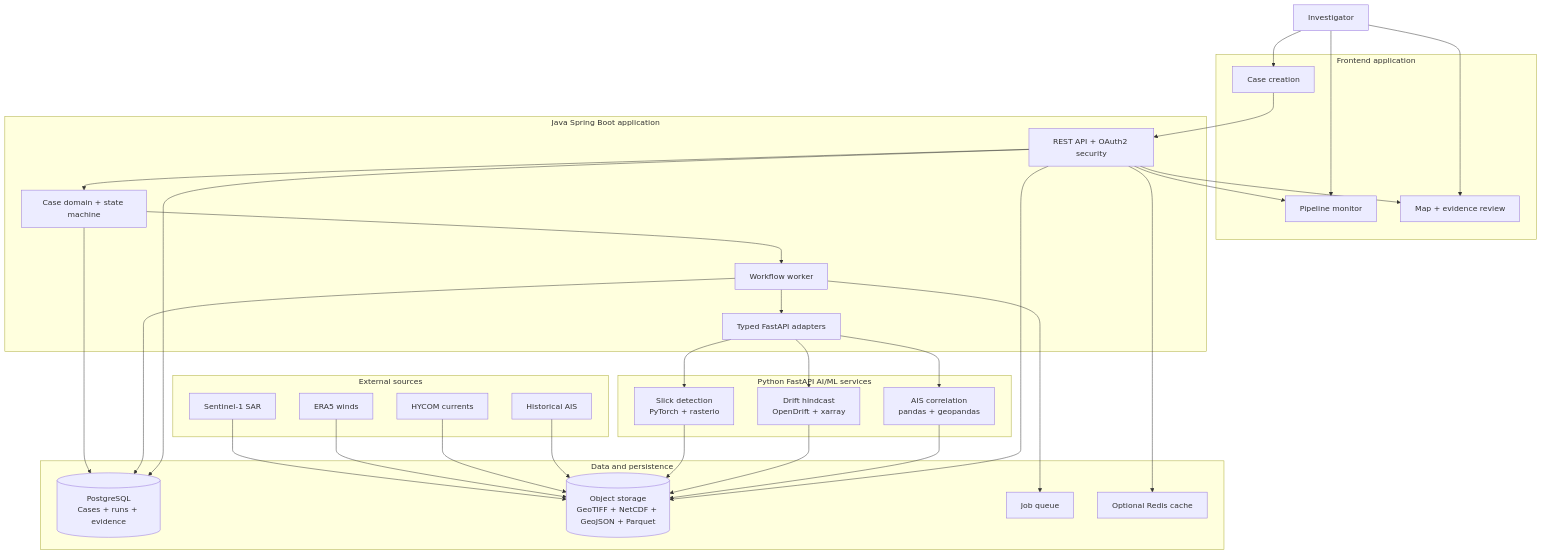
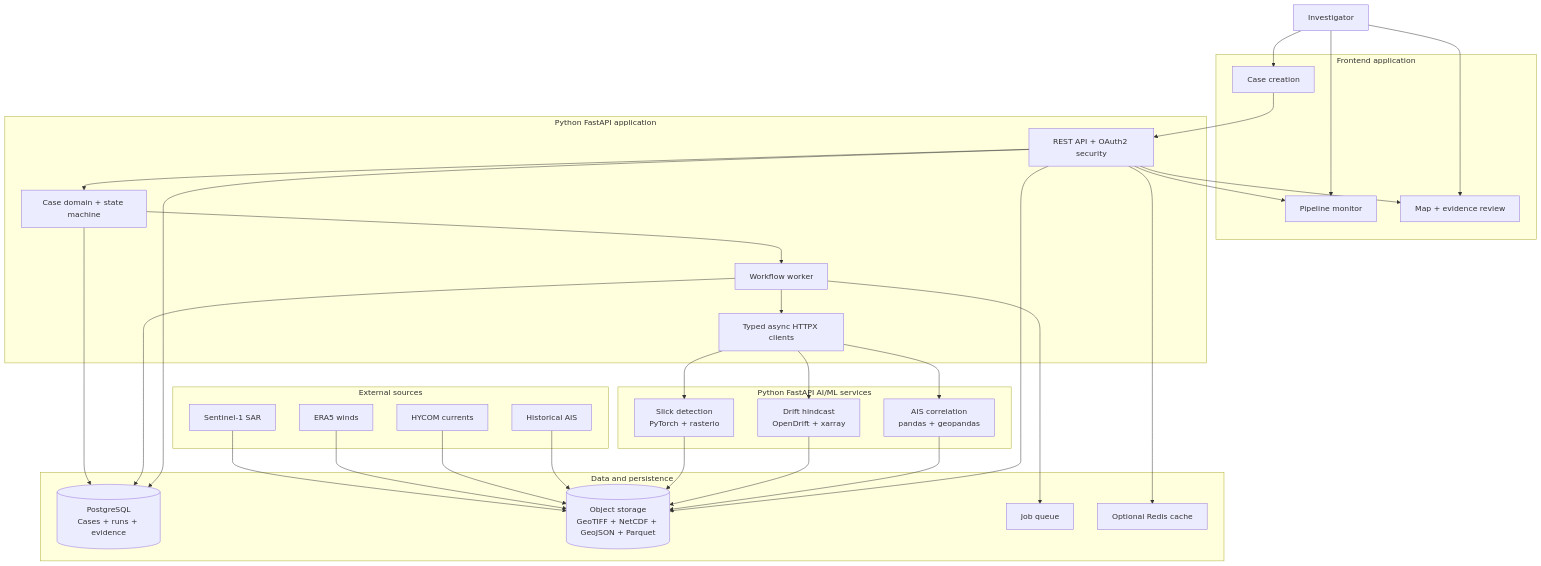
Before and after one commit to ankushkumar14092-dot/sih-architecture: diagram 25 of 25 in ai-ml-maritime-oil-spill-architecture.md, drawn with Mermaid. The commit also changed other lines of this file and 1 other file, not shown here.

Commit message:
Document FastAPI architecture and implementation plan

````diff
--- a/ai-ml-maritime-oil-spill-architecture.md
+++ b/ai-ml-maritime-oil-spill-architecture.md
@@ -1524,61 +1524,61 @@
 ```mermaid
 flowchart TB
         ANALYST["Investigator"]
 
         subgraph CLIENT["Frontend application"]
                 CASEUI["Case creation"]
                 MONITOR["Pipeline monitor"]
                 MAPUI["Map + evidence review"]
         end
 
-        subgraph BACKEND["Java Spring Boot application"]
+        subgraph BACKEND["Python FastAPI application"]
                 API["REST API + OAuth2 security"]
                 DOMAIN["Case domain + state machine"]
                 WORKER["Workflow worker"]
-                ADAPTERS["Typed FastAPI adapters"]
+                ADAPTERS["Typed async HTTPX clients"]
         end
 
         subgraph PYTHON["Python FastAPI AI/ML services"]
                 DET["Slick detection\nPyTorch + rasterio"]
                 DRIFT["Drift hindcast\nOpenDrift + xarray"]
                 AISML["AIS correlation\npandas + geopandas"]
         end
 
         subgraph DATA["Data and persistence"]
                 POSTGRES[("PostgreSQL\nCases + runs + evidence")]
                 OBJECT[("Object storage\nGeoTIFF + NetCDF + GeoJSON + Parquet")]
                 QUEUE["Job queue"]
                 CACHE["Optional Redis cache"]
         end
 
         subgraph SOURCES["External sources"]
                 SAR["Sentinel-1 SAR"]
                 ERA["ERA5 winds"]
                 HY["HYCOM currents"]
                 AISDATA["Historical AIS"]
         end
 
         ANALYST --> CASEUI --> API
         ANALYST --> MONITOR
         ANALYST --> MAPUI
         API --> DOMAIN --> WORKER
         WORKER --> QUEUE
         WORKER --> ADAPTERS
         ADAPTERS --> DET
         ADAPTERS --> DRIFT
         ADAPTERS --> AISML
         SAR --> OBJECT
         ERA --> OBJECT
         HY --> OBJECT
         AISDATA --> OBJECT
         DET --> OBJECT
         DRIFT --> OBJECT
         AISML --> OBJECT
         DOMAIN --> POSTGRES
         WORKER --> POSTGRES
         API --> POSTGRES
         API --> OBJECT
         API --> CACHE
         API --> MONITOR
         API --> MAPUI
 ```
````
